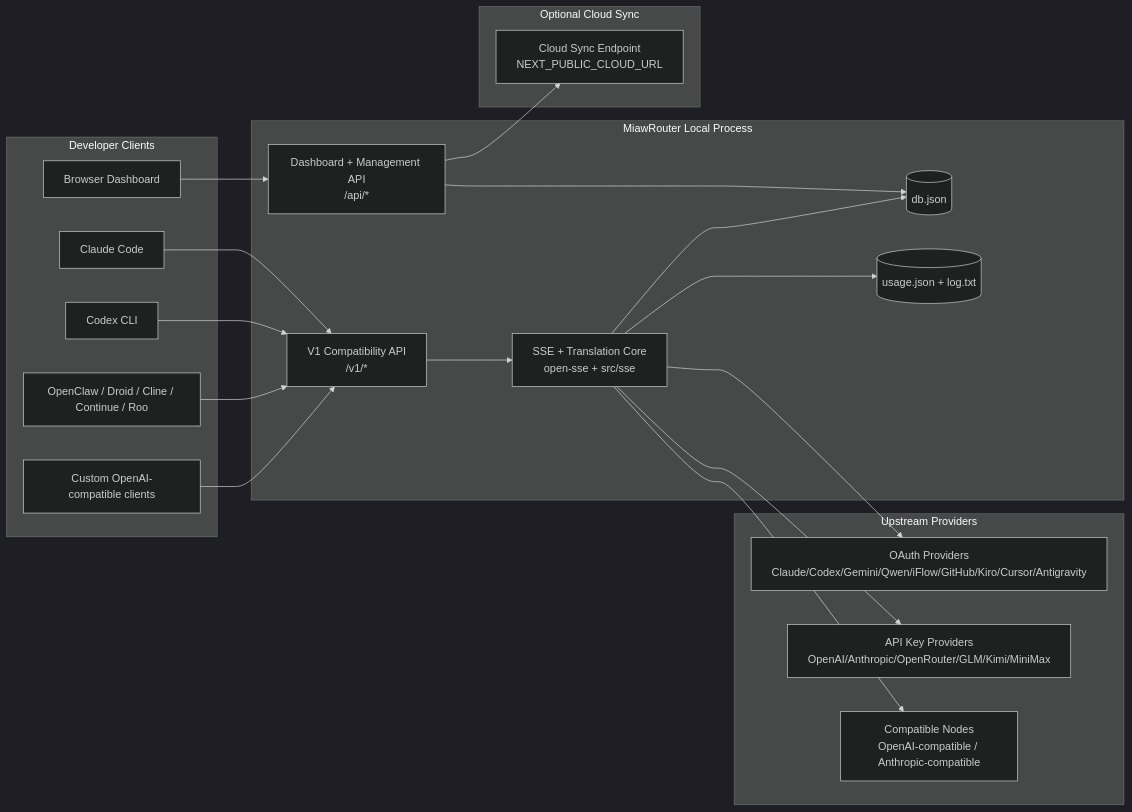
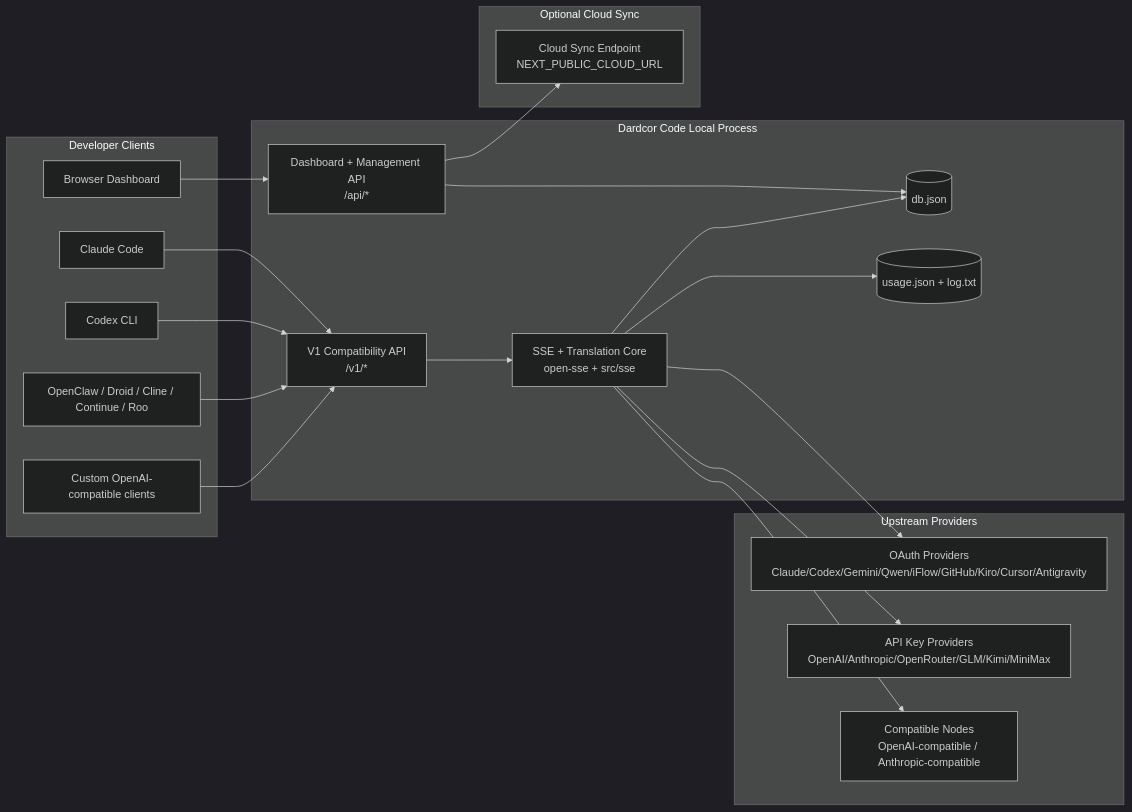
The first of 7 diagrams in .dardcor-provider/docs/ARCHITECTURE.md (Dardcor/Dardcor-Code), drawn with Mermaid (dark theme) before and after one commit. The commit also changed other lines of this file and 563 other files, not shown here.

Commit message:
feat: rebrand provider to Dardcor Code, apply purple theme, update favicons and launcher

````diff
--- a/.dardcor-provider/docs/ARCHITECTURE.md
+++ b/.dardcor-provider/docs/ARCHITECTURE.md
@@ -45,45 +45,45 @@
 ```mermaid
 flowchart LR
     subgraph Clients[Developer Clients]
         C1[Claude Code]
         C2[Codex CLI]
         C3[OpenClaw / Droid / Cline / Continue / Roo]
         C4[Custom OpenAI-compatible clients]
         BROWSER[Browser Dashboard]
     end
 
-    subgraph Router[MiawRouter Local Process]
+    subgraph Router[Dardcor Code Local Process]
         API[V1 Compatibility API\n/v1/*]
         DASH[Dashboard + Management API\n/api/*]
         CORE[SSE + Translation Core\nopen-sse + src/sse]
         DB[(db.json)]
         UDB[(usage.json + log.txt)]
     end
 
     subgraph Upstreams[Upstream Providers]
         P1[OAuth Providers\nClaude/Codex/Gemini/Qwen/iFlow/GitHub/Kiro/Cursor/Antigravity]
         P2[API Key Providers\nOpenAI/Anthropic/OpenRouter/GLM/Kimi/MiniMax]
         P3[Compatible Nodes\nOpenAI-compatible / Anthropic-compatible]
     end
 
     subgraph Cloud[Optional Cloud Sync]
         CLOUD[Cloud Sync Endpoint\nNEXT_PUBLIC_CLOUD_URL]
     end
 
     C1 --> API
     C2 --> API
     C3 --> API
     C4 --> API
     BROWSER --> DASH
 
     API --> CORE
     DASH --> DB
     CORE --> DB
     CORE --> UDB
 
     CORE --> P1
     CORE --> P2
     CORE --> P3
 
     DASH --> CLOUD
 ```
````
